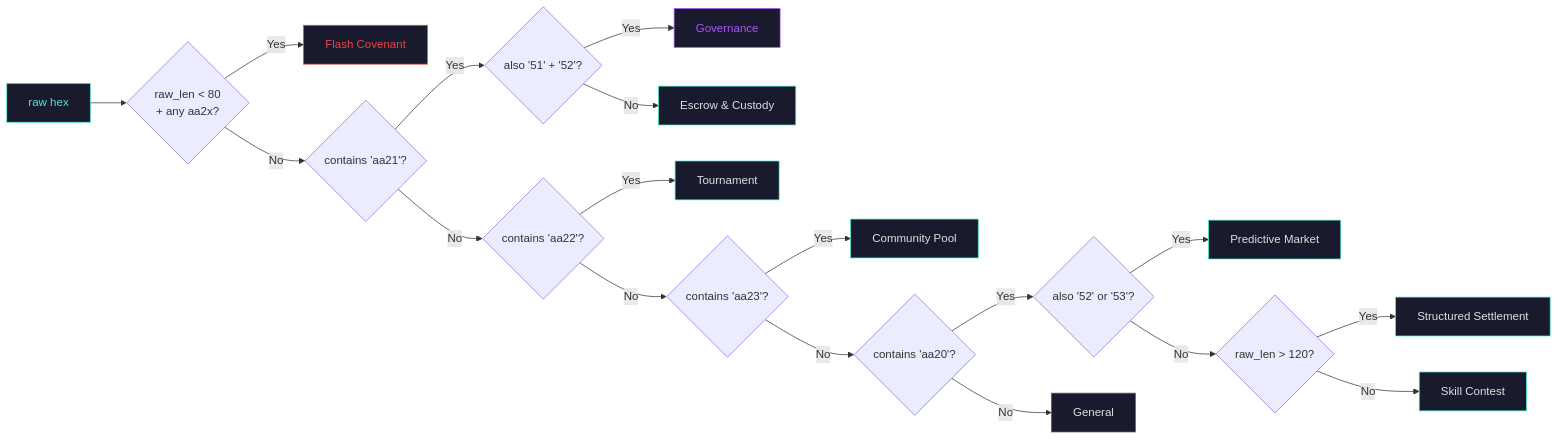
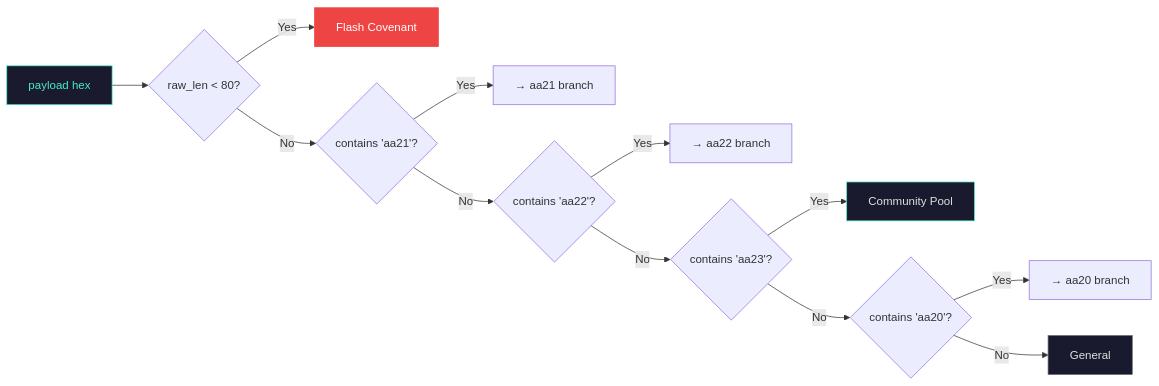
The second of 4 diagrams in README.md (THTProtocol/Covex27), drawn with Mermaid before and after one commit. The commit also changed other lines of this file and 3 other files, not shown here.

First line of the commit message:
feat: split classification flowcharts into 3 stages + custom category override for PRO/MAX

````diff
--- a/README.md
+++ b/README.md
@@ -117,31 +121,19 @@
 ```mermaid
 graph LR
-    Hex["raw hex"] --> Flash{"raw_len < 80<br>+ any aa2x?"}
-    Flash -->|Yes| FlashOut["Flash Covenant"]
-    Flash -->|No| E1{"contains 'aa21'?"}
-    E1 -->|Yes| Gov{"also '51' + '52'?"}
-    Gov -->|Yes| Governance["Governance"]
-    Gov -->|No| Escrow["Escrow & Custody"]
-    E1 -->|No| E2{"contains 'aa22'?"}
-    E2 -->|Yes| Tournament["Tournament"]
-    E2 -->|No| E3{"contains 'aa23'?"}
-    E3 -->|Yes| Pool["Community Pool"]
-    E3 -->|No| E4{"contains 'aa20'?"}
-    E4 -->|Yes| Pred{"also '52' or '53'?"}
-    Pred -->|Yes| Predictive["Predictive Market"]
-    Pred -->|No| Struct{"raw_len > 120?"}
-    Struct -->|Yes| Settlement["Structured Settlement"]
-    Struct -->|No| Skill["Skill Contest"]
-    E4 -->|No| General["General"]
+    Hex["payload hex"] --> Size{"raw_len < 80?"}
+    Size -->|Yes| Flash["Flash Covenant"]
+    Size -->|No| O1{"contains 'aa21'?"}
+    O1 -->|Yes| A21["→ aa21 branch"]
+    O1 -->|No| O2{"contains 'aa22'?"}
+    O2 -->|Yes| A22["→ aa22 branch"]
+    O2 -->|No| O3{"contains 'aa23'?"}
+    O3 -->|Yes| Pool["Community Pool"]
+    O3 -->|No| O4{"contains 'aa20'?"}
+    O4 -->|Yes| A20["→ aa20 branch"]
+    O4 -->|No| General["General"]
 
     style Hex fill:#1A1A2E,stroke:#49EACB,color:#49EACB
-    style FlashOut fill:#1A1A2E,stroke:#EF4444,color:#EF4444
-    style Governance fill:#1A1A2E,stroke:#A855F7,color:#A855F7
-    style Escrow fill:#1A1A2E,stroke:#49EACB,color:#E0E0E0
-    style Tournament fill:#1A1A2E,stroke:#49EACB,color:#E0E0E0
+    style Flash fill:#EF4444,stroke:#EF4444,color:#FFF
     style Pool fill:#1A1A2E,stroke:#49EACB,color:#E0E0E0
-    style Predictive fill:#1A1A2E,stroke:#49EACB,color:#E0E0E0
-    style Settlement fill:#1A1A2E,stroke:#49EACB,color:#E0E0E0
-    style Skill fill:#1A1A2E,stroke:#49EACB,color:#E0E0E0
     style General fill:#1A1A2E,stroke:#666,color:#E0E0E0
 ```
````
